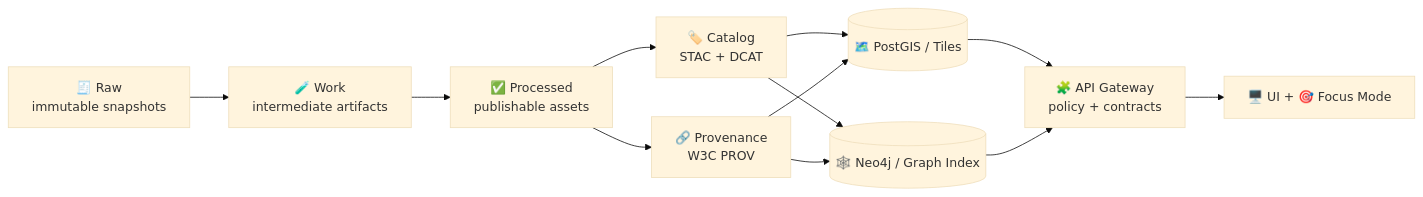
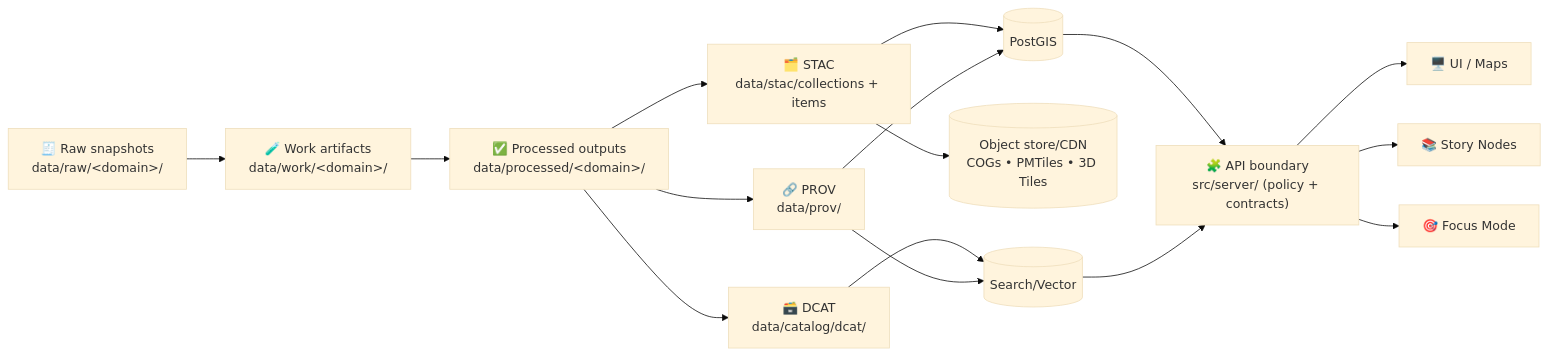
The diagram in pipelines/README.md (bartytime4life/Kansas-Frontier-Matrix), drawn with Mermaid (base theme) before and after one commit. The commit also changed other lines of this file, not shown here.

````diff
--- a/pipelines/README.md
+++ b/pipelines/README.md
@@ -81,14 +81,20 @@
 ```mermaid
 flowchart LR
-  A[🧾 Raw<br/>immutable snapshots] --> B[🧪 Work<br/>intermediate artifacts]
-  B --> C[✅ Processed<br/>publishable assets]
-  C --> D[🏷️ Catalog<br/>STAC + DCAT]
-  C --> E[🔗 Provenance<br/>W3C PROV]
-  D --> F[(🗺️ PostGIS / Tiles)]
-  D --> G[(🕸️ Neo4j / Graph Index)]
-  E --> F
-  E --> G
-  F --> H[🧩 API Gateway<br/>policy + contracts]
-  G --> H
-  H --> I[🖥️ UI + 🎯 Focus Mode]
+  R["🧾 Raw snapshots<br/>data/raw/&lt;domain&gt;/"] --> W["🧪 Work artifacts<br/>data/work/&lt;domain&gt;/"]
+  W --> P["✅ Processed outputs<br/>data/processed/&lt;domain&gt;/"]
+
+  P --> STAC["🗂️ STAC<br/>data/stac/collections + items"]
+  P --> DCAT["🗃️ DCAT<br/>data/catalog/dcat/"]
+  P --> PROV["🔗 PROV<br/>data/prov/"]
+
+  STAC --> PG[(PostGIS)]
+  STAC --> OBJ[(Object store/CDN<br/>COGs • PMTiles • 3D Tiles)]
+  DCAT --> S[(Search/Vector)]
+  PROV --> PG
+  PROV --> S
+  PG --> API["🧩 API boundary<br/>src/server/ (policy + contracts)"]
+  S --> API
+  API --> UI["🖥️ UI / Maps"]
+  API --> SN["📚 Story Nodes"]
+  API --> FM["🎯 Focus Mode"]
 ```
````
